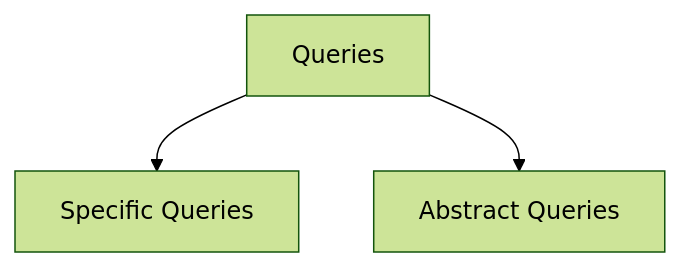
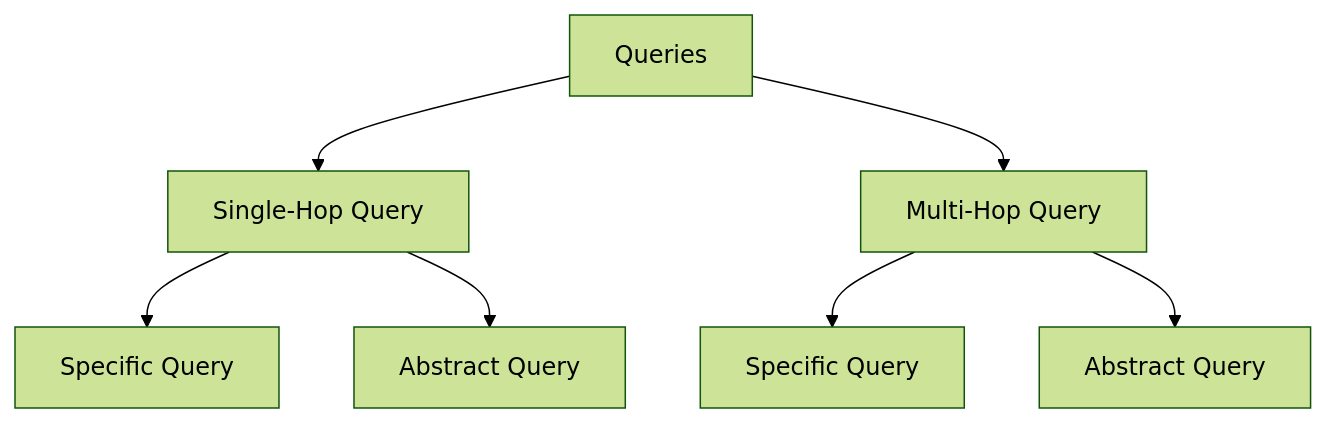
The first of 4 diagrams in docs/concepts/test_data_generation/rag.md (explodinggradients/ragas), drawn with Mermaid (forest theme) before and after one commit. The commit also changed other lines of this file, not shown here.

````diff
--- a/docs/concepts/test_data_generation/rag.md
+++ b/docs/concepts/test_data_generation/rag.md
@@ -7,5 +7,13 @@
 ```mermaid
 graph TD
-    A[Queries] -->  B[Specific Queries]
-    A -->  C[Abstract Queries]
+    A[Queries] --> B[Single-Hop Query]
+    A --> C[Multi-Hop Query]
+    
+    B --> D1[Specific Query]
+    
+    B --> E1[Abstract Query]
+
+    C --> F1[Specific Query]
+    
+    C --> G1[Abstract Query]
 ```
````
